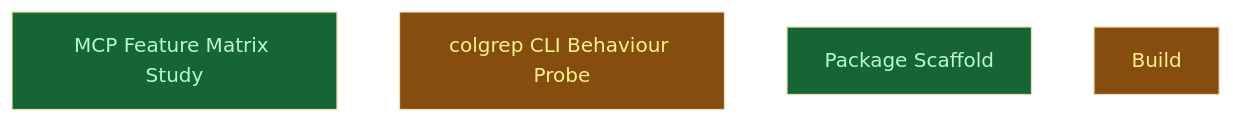
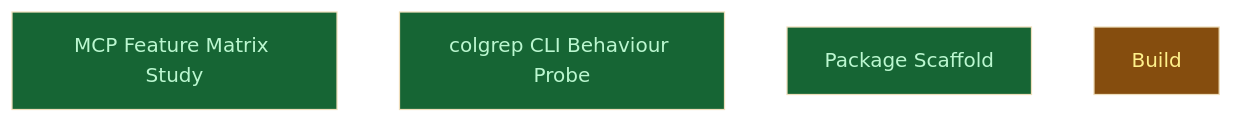
Before and after one commit to CrackingShells/colgrep-mcp: the diagram in __roadmap__/colgrep_mcp/README.md, drawn with Mermaid (base theme). The commit also changed other lines of this file and 7 other files, not shown here.

First line of the commit message:
docs(reports): add architecture v1 delta from measured colgrep and MCP findings

````diff
--- a/__roadmap__/colgrep_mcp/README.md
+++ b/__roadmap__/colgrep_mcp/README.md
@@ -29,12 +29,12 @@
 ```mermaid
 graph TD
     research_mcp_features[MCP Feature Matrix Study]:::done
-    research_colgrep_behaviour[colgrep CLI Behaviour Probe]:::inprogress
+    research_colgrep_behaviour[colgrep CLI Behaviour Probe]:::done
     scaffold_package[Package Scaffold]:::done
     build[Build]:::inprogress
     classDef done       fill:#166534,color:#bbf7d0
     classDef inprogress fill:#854d0e,color:#fef08a
     classDef planned    fill:#374151,color:#e5e7eb
     classDef amendment  fill:#1e3a5f,color:#bfdbfe
     classDef blocked    fill:#7f1d1d,color:#fecaca
 ```
````
